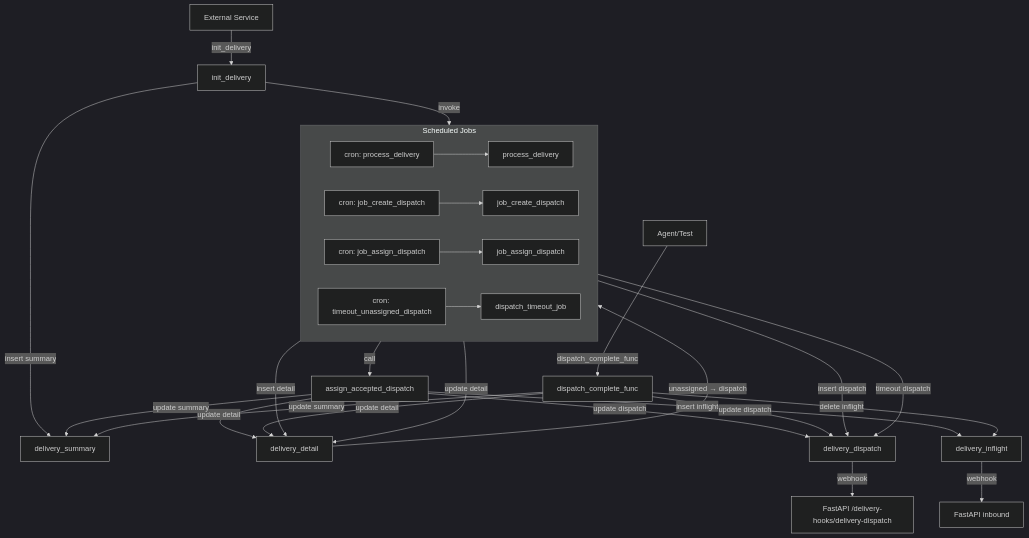
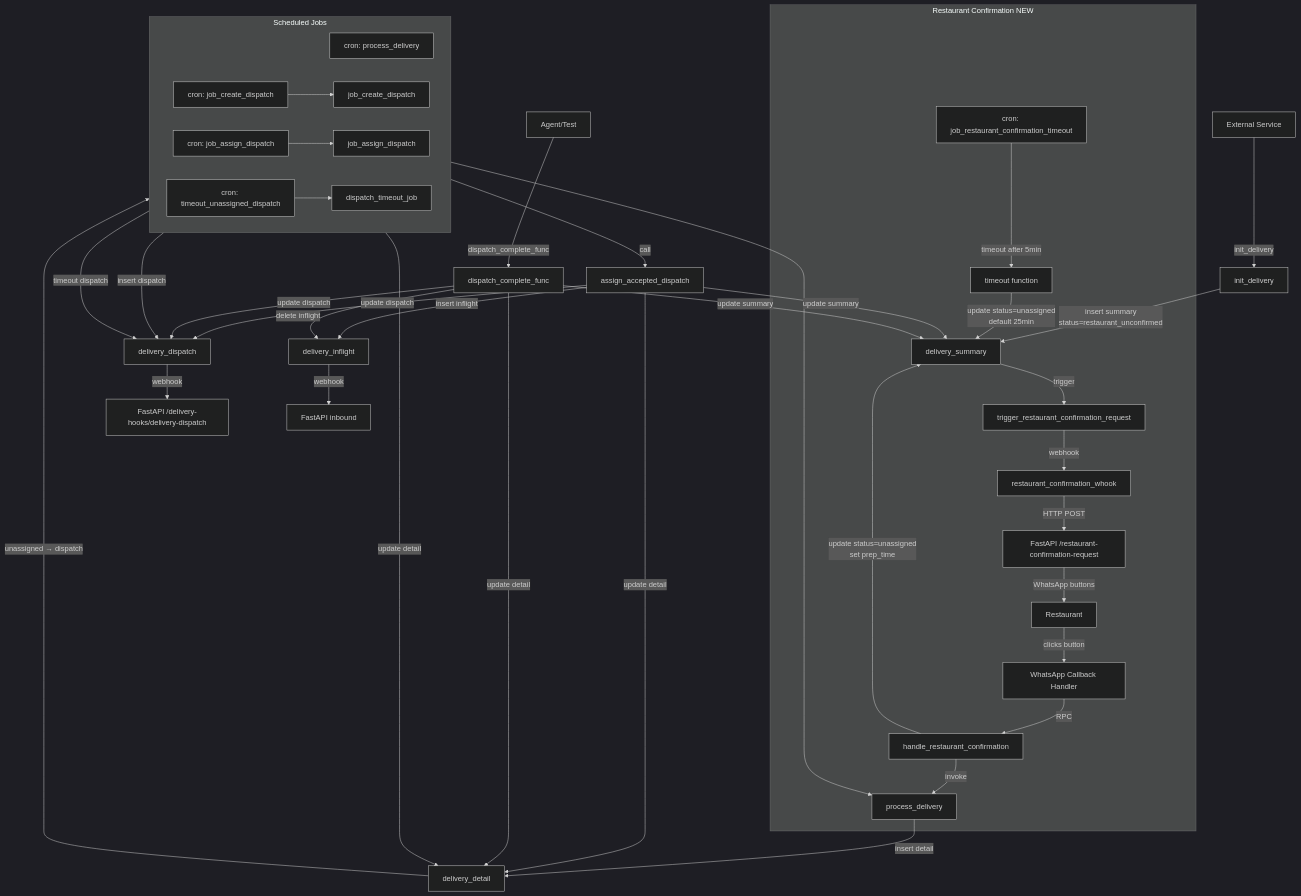
One commit to Byteloop-AI-Limited/OrdeloAgent changed the diagram in ordelo_datamodels/jobs_n_functions/delivery_design_new.md. Above: the diagram before and after it, drawn with Mermaid (dark theme). The commit also changed other lines of this file and 14 other files, not shown here.

First line of the commit message:
``` feat: add restaurant confirmation touchpoint to delivery workflow

````diff
--- a/ordelo_datamodels/jobs_n_functions/delivery_design_new.md
+++ b/ordelo_datamodels/jobs_n_functions/delivery_design_new.md
@@ -126,35 +325,50 @@
 ```mermaid
 flowchart TD
   A[External Service] -->|init_delivery| B[init_delivery]
-  B -->|insert summary| C[delivery_summary]
-  B -->|invoke| D[process_delivery]
+  B -->|insert summary<br/>status=restaurant_unconfirmed| C[delivery_summary]
+  
+  subgraph Restaurant Confirmation NEW
+    C -->|trigger| RC_TRIG[trigger_restaurant_confirmation_request]
+    RC_TRIG -->|webhook| RC_WH[restaurant_confirmation_whook]
+    RC_WH -->|HTTP POST| RC_API[FastAPI /restaurant-confirmation-request]
+    RC_API -->|WhatsApp buttons| RC_REST[Restaurant]
+    
+    RC_REST -->|clicks button| RC_CB[WhatsApp Callback Handler]
+    RC_CB -->|RPC| RC_HANDLE[handle_restaurant_confirmation]
+    RC_HANDLE -->|update status=unassigned<br/>set prep_time| C
+    RC_HANDLE -->|invoke| D[process_delivery]
+    
+    RC_TIMEOUT[cron: job_restaurant_confirmation_timeout] -->|timeout after 5min| RC_TO[timeout function]
+    RC_TO -->|update status=unassigned<br/>default 25min| C
+  end
 
   subgraph Scheduled Jobs
     direction LR
     E[cron: process_delivery] --> D
     F[cron: job_create_dispatch] --> JD[job_create_dispatch]
     H[cron: job_assign_dispatch] --> JA[job_assign_dispatch]
     S[cron: timeout_unassigned_dispatch] --> TU[dispatch_timeout_job]
+    RC_TIMEOUT
   end
 
   D -->|insert detail| Det[delivery_detail]
   Det -->|"unassigned → dispatch"| JD
   JD -->|insert dispatch| Disp[delivery_dispatch]
   JD -->|update detail| Det
   Disp -->|webhook| L[FastAPI /delivery-hooks/delivery-dispatch]
 
   JA -->|call| AA[assign_accepted_dispatch]
   AA -->|update dispatch| Disp
   AA -->|update detail| Det
   AA -->|update summary| C
   AA -->|insert inflight| IF[delivery_inflight]
   IF -->|webhook| O[FastAPI inbound]
 
   P[Agent/Test] -->|dispatch_complete_func| Q[dispatch_complete_func]
   Q -->|update dispatch| Disp
   Q -->|update detail| Det
   Q -->|update summary| C
   Q -->|delete inflight| IF
 
   TU -->|timeout dispatch| Disp
 ```
````
